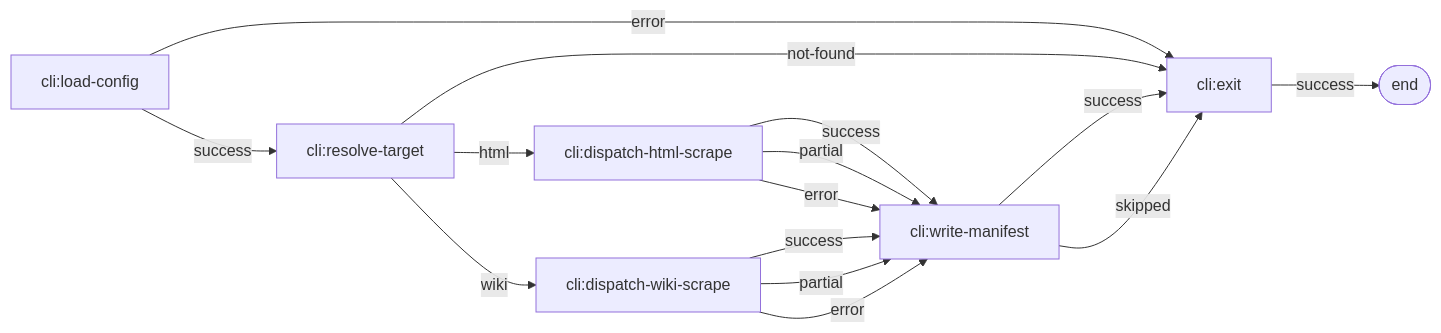
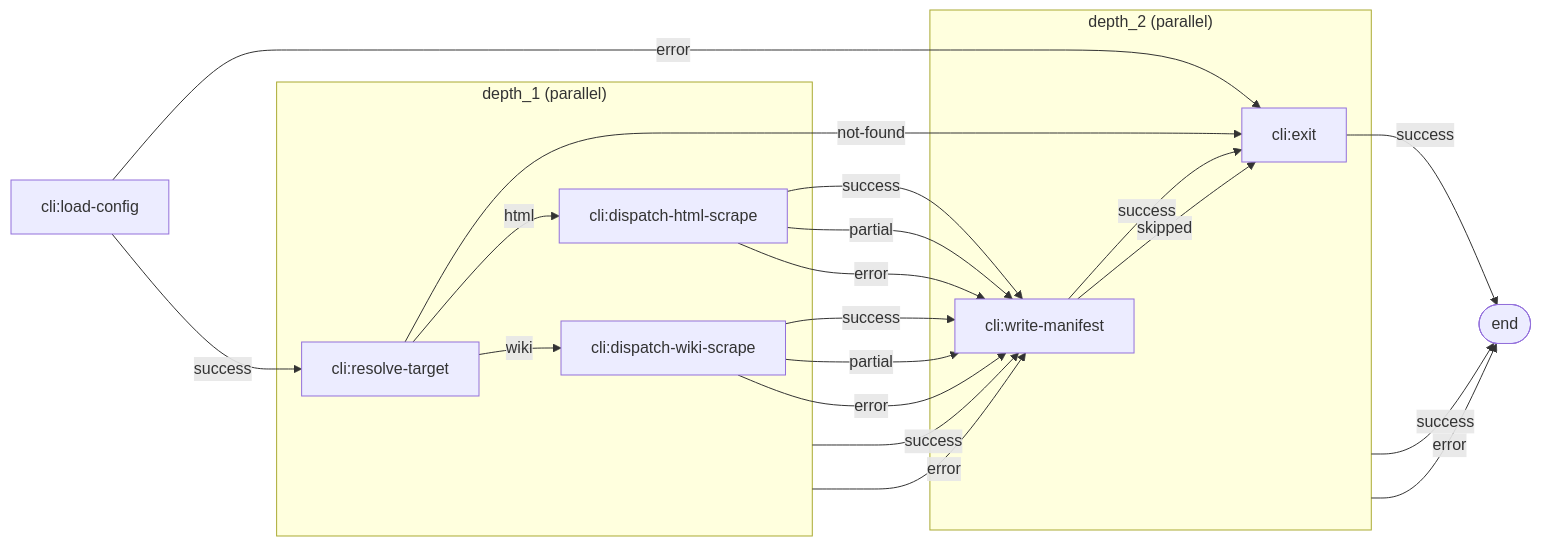
The diagram in docs/_generated/cliScrapeDAG.mmd (Studnicky/PathRipper), drawn with Mermaid before and after one commit. The commit also changed 38 other files, not shown here.

```diff
--- a/docs/_generated/cliScrapeDAG.mmd
+++ b/docs/_generated/cliScrapeDAG.mmd
@@ -1,24 +1,37 @@
 flowchart LR
   %% cliScrapeDAG (v2.0)
   cli:load-config
   cli:load-config[cli:load-config]
   cli:load-config -->|success| cli:resolve-target
   cli:load-config -->|error| cli:exit
+  subgraph depth_1["depth_1 (parallel)"]
+    cli:resolve-target[cli:resolve-target]
+    cli:dispatch-html-scrape[cli:dispatch-html-scrape]
+    cli:dispatch-wiki-scrape[cli:dispatch-wiki-scrape]
+  end
+  depth_1 -->|success| cli:write-manifest
+  depth_1 -->|error| cli:write-manifest
   cli:resolve-target[cli:resolve-target]
   cli:resolve-target -->|html| cli:dispatch-html-scrape
   cli:resolve-target -->|wiki| cli:dispatch-wiki-scrape
   cli:resolve-target -->|not-found| cli:exit
   cli:dispatch-html-scrape[cli:dispatch-html-scrape]
   cli:dispatch-html-scrape -->|success| cli:write-manifest
   cli:dispatch-html-scrape -->|partial| cli:write-manifest
   cli:dispatch-html-scrape -->|error| cli:write-manifest
   cli:dispatch-wiki-scrape[cli:dispatch-wiki-scrape]
   cli:dispatch-wiki-scrape -->|success| cli:write-manifest
   cli:dispatch-wiki-scrape -->|partial| cli:write-manifest
   cli:dispatch-wiki-scrape -->|error| cli:write-manifest
+  subgraph depth_2["depth_2 (parallel)"]
+    cli:write-manifest[cli:write-manifest]
+    cli:exit[cli:exit]
+  end
+  depth_2 -->|success| END
+  depth_2 -->|error| END
   cli:write-manifest[cli:write-manifest]
   cli:write-manifest -->|success| cli:exit
   cli:write-manifest -->|skipped| cli:exit
   cli:exit[cli:exit]
   cli:exit -->|success| END
   END([end])
```
